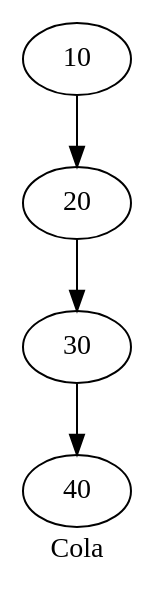
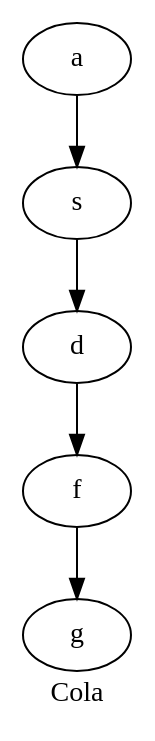
The diagram in Grafos/cola.dot (loconluis/Practica2s12017_201114279), drawn with Graphviz before and after one commit. The commit also changed 13 other files, not shown here.

```diff
--- a/Grafos/cola.dot
+++ b/Grafos/cola.dot
@@ -1,6 +1,7 @@
 digraph { label = "Cola" 
  
-	10->20
-	20->30
-	30->40
+	a->s
+	s->d
+	d->f
+	f->g
 }
```
